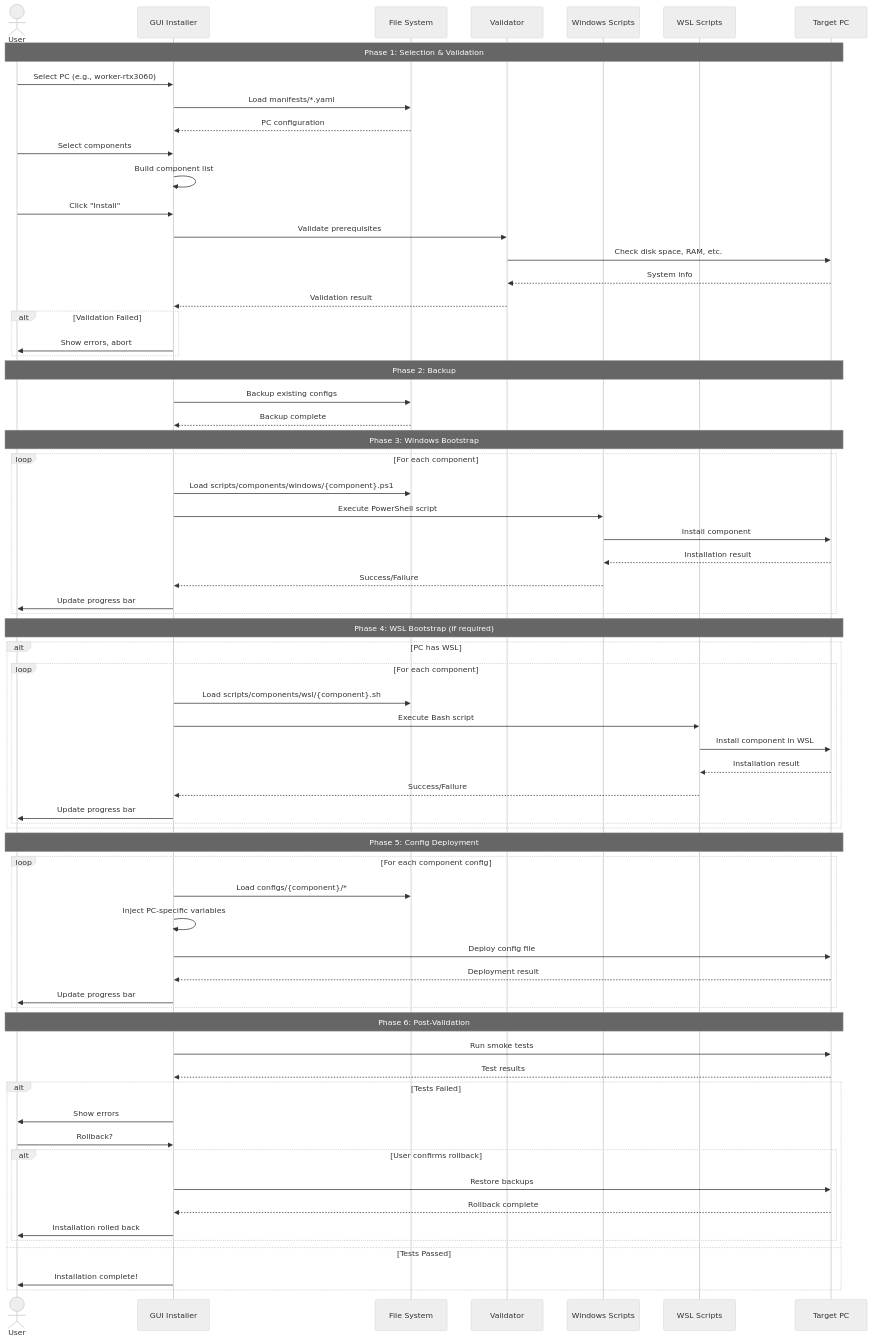
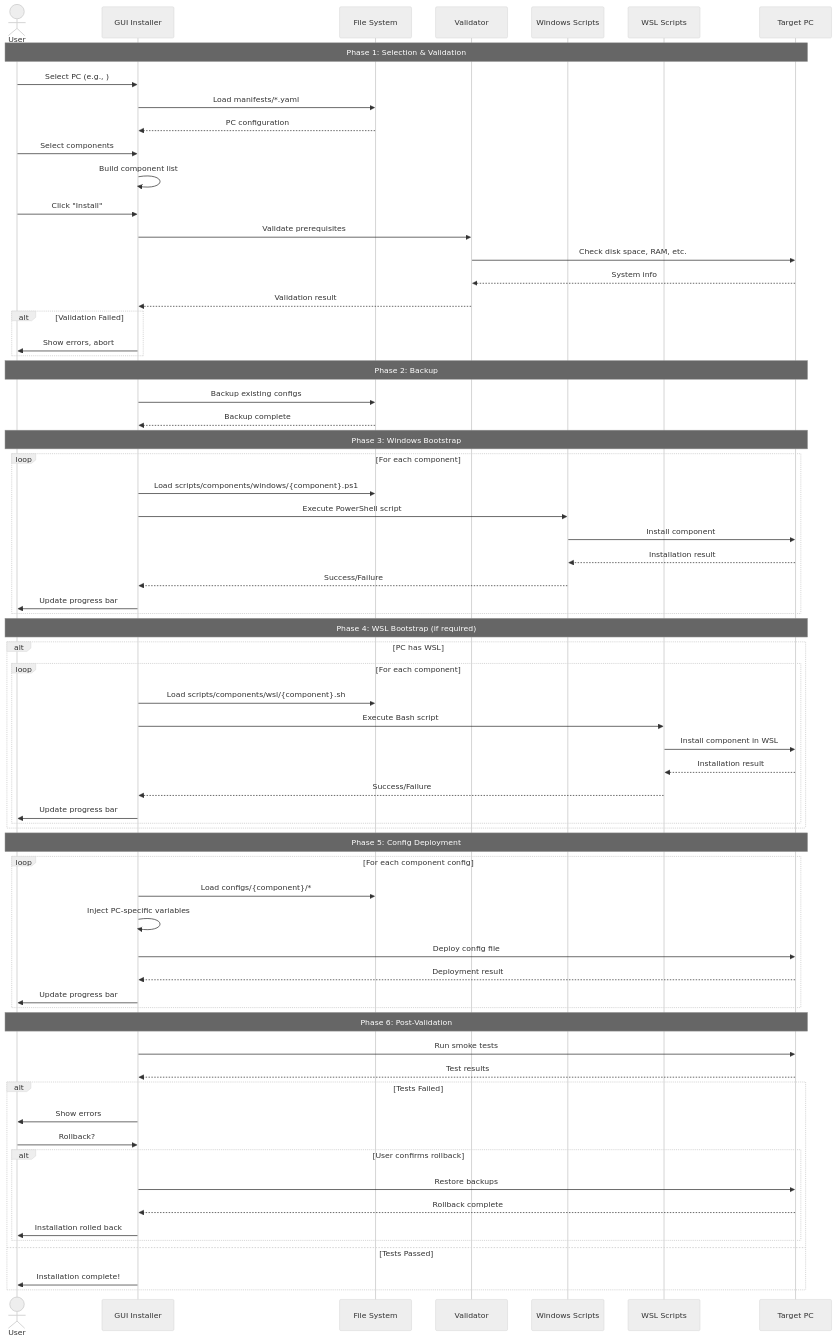
Before and after one commit to ellisapotheosis/Project-Nyra: the diagram in docs/architecture/diagrams/bootstrap-deployment-flow.mmd, drawn with Mermaid (neutral theme). The commit also changed 226 other files, not shown here.

First line of the commit message:
refactor(infra)!: purge retired RTX 3060 GPU worker from all active config, code and docs

```diff
--- a/docs/architecture/diagrams/bootstrap-deployment-flow.mmd
+++ b/docs/architecture/diagrams/bootstrap-deployment-flow.mmd
@@ -1,79 +1,79 @@
 %% Bootstrap Deployment Flow - Sequence Diagram
 
 sequenceDiagram
     actor User
     participant GUI as GUI Installer
     participant FS as File System
     participant Val as Validator
     participant Win as Windows Scripts
     participant WSL as WSL Scripts
     participant PC as Target PC
 
     Note over User,PC: Phase 1: Selection & Validation
-    User->>GUI: Select PC (e.g., worker-rtx3060)
+ User->>GUI: Select PC (e.g., )
     GUI->>FS: Load manifests/*.yaml
     FS-->>GUI: PC configuration
 
     User->>GUI: Select components
     GUI->>GUI: Build component list
 
     User->>GUI: Click "Install"
     GUI->>Val: Validate prerequisites
     Val->>PC: Check disk space, RAM, etc.
     PC-->>Val: System info
     Val-->>GUI: Validation result
 
     alt Validation Failed
         GUI->>User: Show errors, abort
     end
 
     Note over User,PC: Phase 2: Backup
     GUI->>FS: Backup existing configs
     FS-->>GUI: Backup complete
 
     Note over User,PC: Phase 3: Windows Bootstrap
     loop For each component
         GUI->>FS: Load scripts/components/windows/{component}.ps1
         GUI->>Win: Execute PowerShell script
         Win->>PC: Install component
         PC-->>Win: Installation result
         Win-->>GUI: Success/Failure
         GUI->>User: Update progress bar
     end
 
     Note over User,PC: Phase 4: WSL Bootstrap (if required)
     alt PC has WSL
         loop For each component
             GUI->>FS: Load scripts/components/wsl/{component}.sh
             GUI->>WSL: Execute Bash script
             WSL->>PC: Install component in WSL
             PC-->>WSL: Installation result
             WSL-->>GUI: Success/Failure
             GUI->>User: Update progress bar
         end
     end
 
     Note over User,PC: Phase 5: Config Deployment
     loop For each component config
         GUI->>FS: Load configs/{component}/*
         GUI->>GUI: Inject PC-specific variables
         GUI->>PC: Deploy config file
         PC-->>GUI: Deployment result
         GUI->>User: Update progress bar
     end
 
     Note over User,PC: Phase 6: Post-Validation
     GUI->>PC: Run smoke tests
     PC-->>GUI: Test results
 
     alt Tests Failed
         GUI->>User: Show errors
         User->>GUI: Rollback?
         alt User confirms rollback
             GUI->>PC: Restore backups
             PC-->>GUI: Rollback complete
             GUI->>User: Installation rolled back
         end
     else Tests Passed
         GUI->>User: Installation complete!
     end
```
